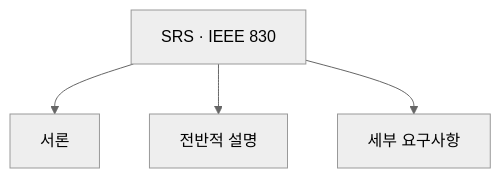
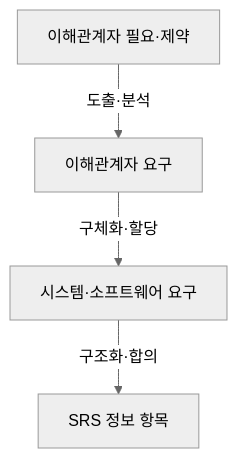
One commit to agnusdei1207/study changed the second of 2 diagrams in src/content/docs/notes/itpe/02-software-engineering/054_requirements_specification.md. Above: the diagram before and after it, drawn with Mermaid (neutral theme). The commit also changed other lines of this file and 31 other files, not shown here.

Commit message:
docs(itpe): correct software engineering architecture and test notes

````diff
--- a/src/content/docs/notes/itpe/02-software-engineering/054_requirements_specification.md
+++ b/src/content/docs/notes/itpe/02-software-engineering/054_requirements_specification.md
@@ -97,6 +97,6 @@
 ```mermaid
-flowchart TB
-    SRS["SRS · IEEE 830"] --> A["서론"]
-    SRS --> B["전반적 설명"]
-    SRS --> C["세부 요구사항"]
+flowchart TD
+    A["이해관계자 필요·제약"] -->|"도출·분석"| B["이해관계자 요구"]
+    B -->|"구체화·할당"| C["시스템·소프트웨어 요구"]
+    C -->|"구조화·합의"| D["SRS 정보 항목"]
 ```
````
